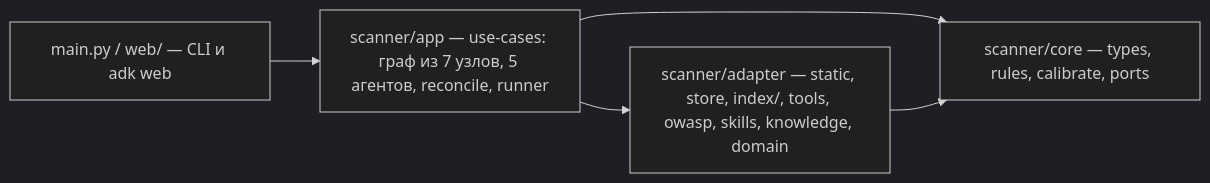
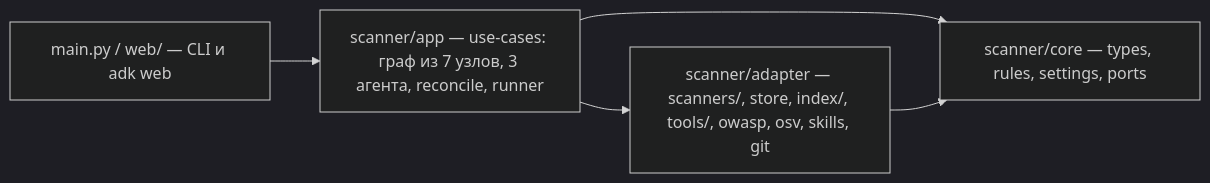
The diagram in docs/architecture.md (Nap20192/repo-agent), drawn with Mermaid (dark theme) before and after one commit. The commit also changed other lines of this file and 96 other files, not shown here.

````diff
--- a/docs/architecture.md
+++ b/docs/architecture.md
@@ -8,8 +8,8 @@
 ```mermaid
 flowchart LR
     main[main.py / web/ — CLI и adk web] --> app
-    app[scanner/app — use-cases: граф из 7 узлов, 5 агентов, reconcile, runner] --> core
+    app[scanner/app — use-cases: граф из 7 узлов, 3 агента, reconcile, runner] --> core
     app --> adapter
-    adapter[scanner/adapter — static, store, index/, tools, owasp, skills, knowledge, domain] --> core
-    core[scanner/core — types, rules, calibrate, ports]
+    adapter[scanner/adapter — scanners/, store, index/, tools/, owasp, osv, skills, git] --> core
+    core[scanner/core — types, rules, settings, ports]
 ```
````
